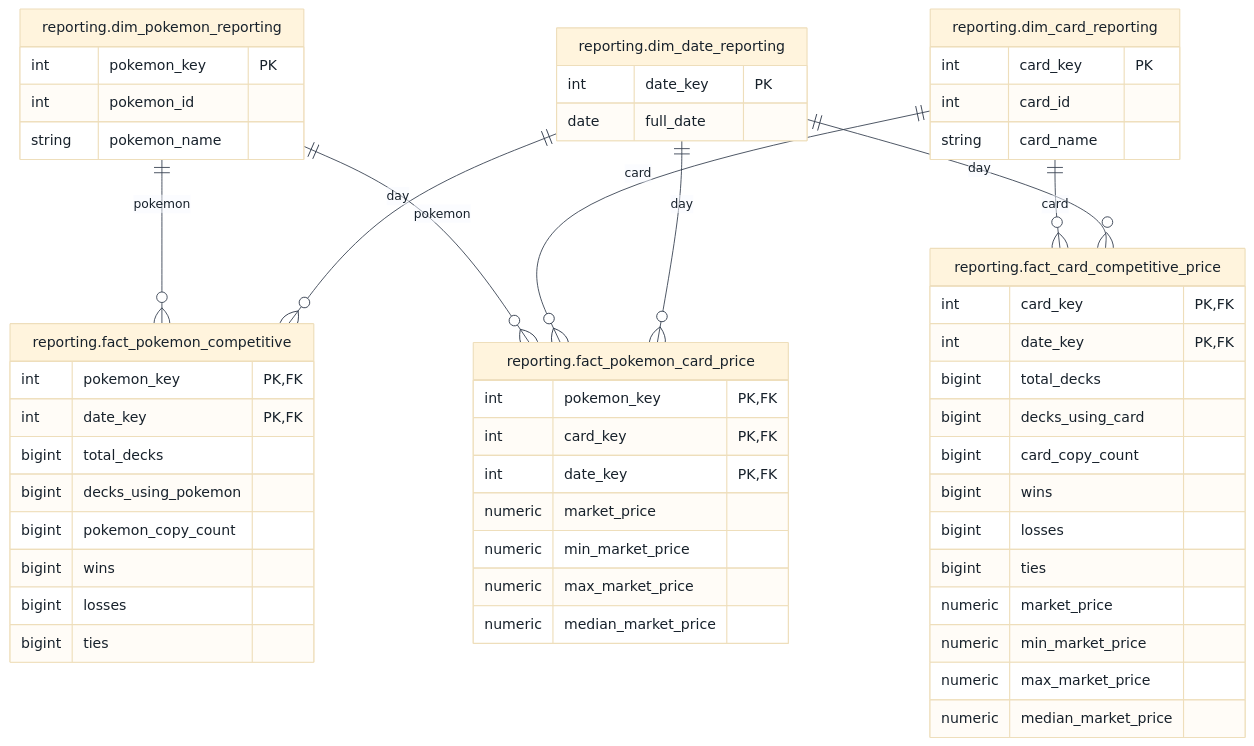
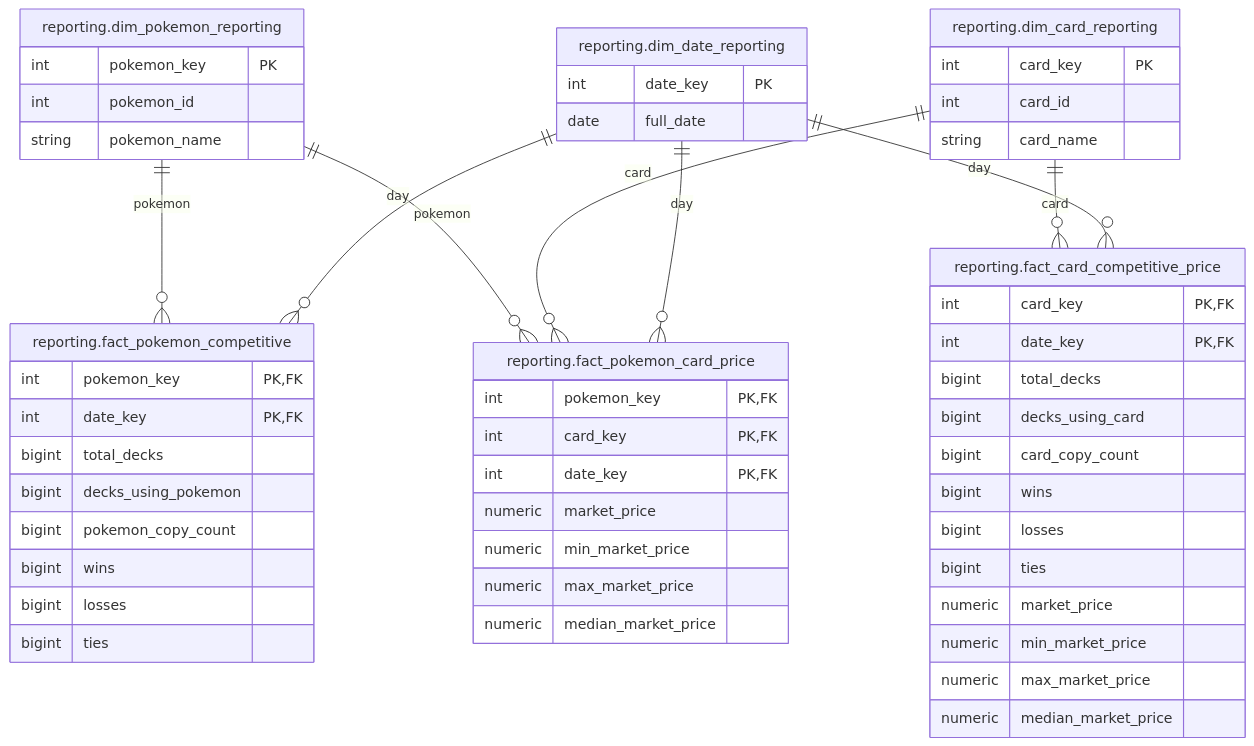
One commit to Jessyyyca/DVS changed the diagram in Reporting-Layer.md. Above: the diagram before and after it, drawn with Mermaid.

Commit message:
chore: removed formatting

````diff
--- a/Reporting-Layer.md
+++ b/Reporting-Layer.md
@@ -244,58 +244,57 @@
 ```mermaid
-%%{init: {"theme": "base", "themeVariables": {"primaryTextColor": "#17212b", "lineColor": "#374151", "fontFamily": "Arial"}}}%%
 erDiagram
     reporting.dim_pokemon_reporting {
         int pokemon_key PK
         int pokemon_id
         string pokemon_name
     }
     reporting.dim_card_reporting {
         int card_key PK
         int card_id
         string card_name
     }
     reporting.dim_date_reporting {
         int date_key PK
         date full_date
     }
     reporting.fact_pokemon_competitive {
         int pokemon_key PK,FK
         int date_key PK,FK
         bigint total_decks
         bigint decks_using_pokemon
         bigint pokemon_copy_count
         bigint wins
         bigint losses
         bigint ties
     }
     reporting.fact_card_competitive_price {
         int card_key PK,FK
         int date_key PK,FK
         bigint total_decks
         bigint decks_using_card
         bigint card_copy_count
         bigint wins
         bigint losses
         bigint ties
         numeric market_price
         numeric min_market_price
         numeric max_market_price
         numeric median_market_price
     }
     reporting.fact_pokemon_card_price {
         int pokemon_key PK,FK
         int card_key PK,FK
         int date_key PK,FK
         numeric market_price
         numeric min_market_price
         numeric max_market_price
         numeric median_market_price
     }
     reporting.dim_pokemon_reporting ||--o{ reporting.fact_pokemon_competitive : pokemon
     reporting.dim_date_reporting ||--o{ reporting.fact_pokemon_competitive : day
     reporting.dim_card_reporting ||--o{ reporting.fact_card_competitive_price : card
     reporting.dim_date_reporting ||--o{ reporting.fact_card_competitive_price : day
     reporting.dim_pokemon_reporting ||--o{ reporting.fact_pokemon_card_price : pokemon
     reporting.dim_card_reporting ||--o{ reporting.fact_pokemon_card_price : card
     reporting.dim_date_reporting ||--o{ reporting.fact_pokemon_card_price : day
 ```
````
